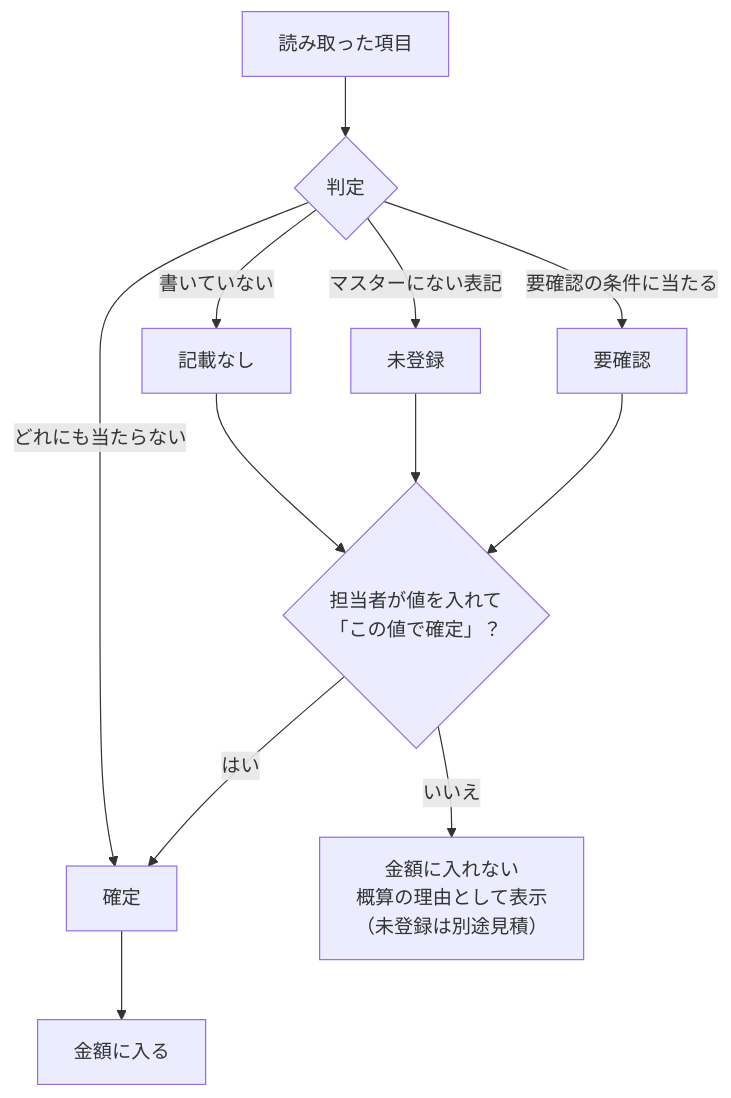
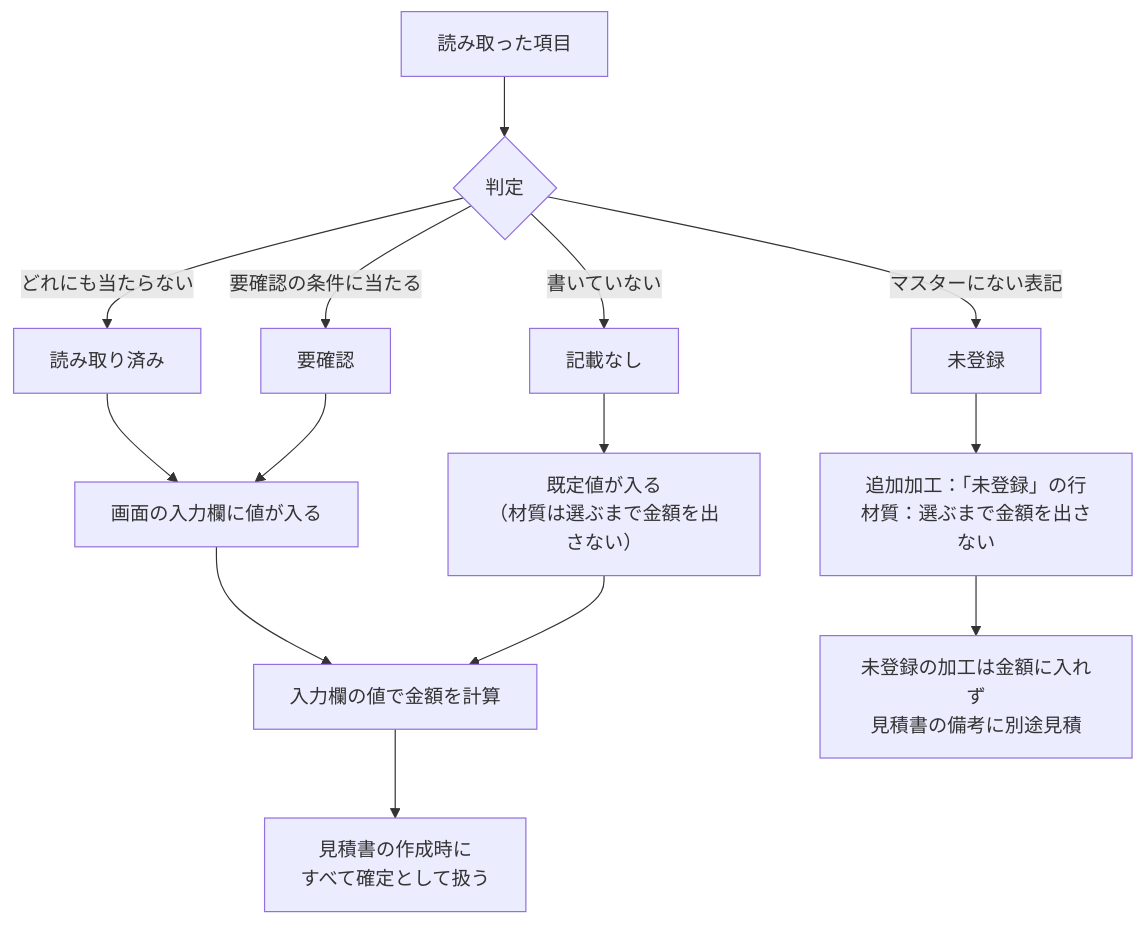
Before and after one commit to 1975020t/step_analysis_for_automatic-estimate: the eighth of 12 diagrams in docs/02_設計書.md, drawn with Mermaid. The commit also changed other lines of this file and 67 other files, not shown here.

````diff
--- a/docs/02_設計書.md
+++ b/docs/02_設計書.md
@@ -264,14 +269,16 @@
 ```mermaid 図 項目ごとの状態（画面の表示と見積への反映）
 flowchart TD
   r[読み取った項目] --> j{判定}
   j -->|書いていない| N[記載なし]
   j -->|マスターにない表記| U[未登録]
   j -->|要確認の条件に当たる| V[要確認]
-  j -->|どれにも当たらない| C[確定]
-  N --> h{担当者が値を入れて<br/>「この値で確定」？}
-  U --> h
-  V --> h
-  h -->|はい| C
-  h -->|いいえ| P[金額に入れない<br/>概算の理由として表示<br/>（未登録は別途見積）]
-  C --> I[金額に入る]
+  j -->|どれにも当たらない| C[読み取り済み]
+  C --> F[画面の入力欄に値が入る]
+  V --> F
+  N --> D[既定値が入る<br/>（材質は選ぶまで金額を出さない）]
+  U --> UR[追加加工：「未登録」の行<br/>材質：選ぶまで金額を出さない]
+  F --> I[入力欄の値で金額を計算]
+  D --> I
+  UR --> SQ[未登録の加工は金額に入れず<br/>見積書の備考に別途見積]
+  I --> DOC[見積書の作成時に<br/>すべて確定として扱う]
 ```
````
